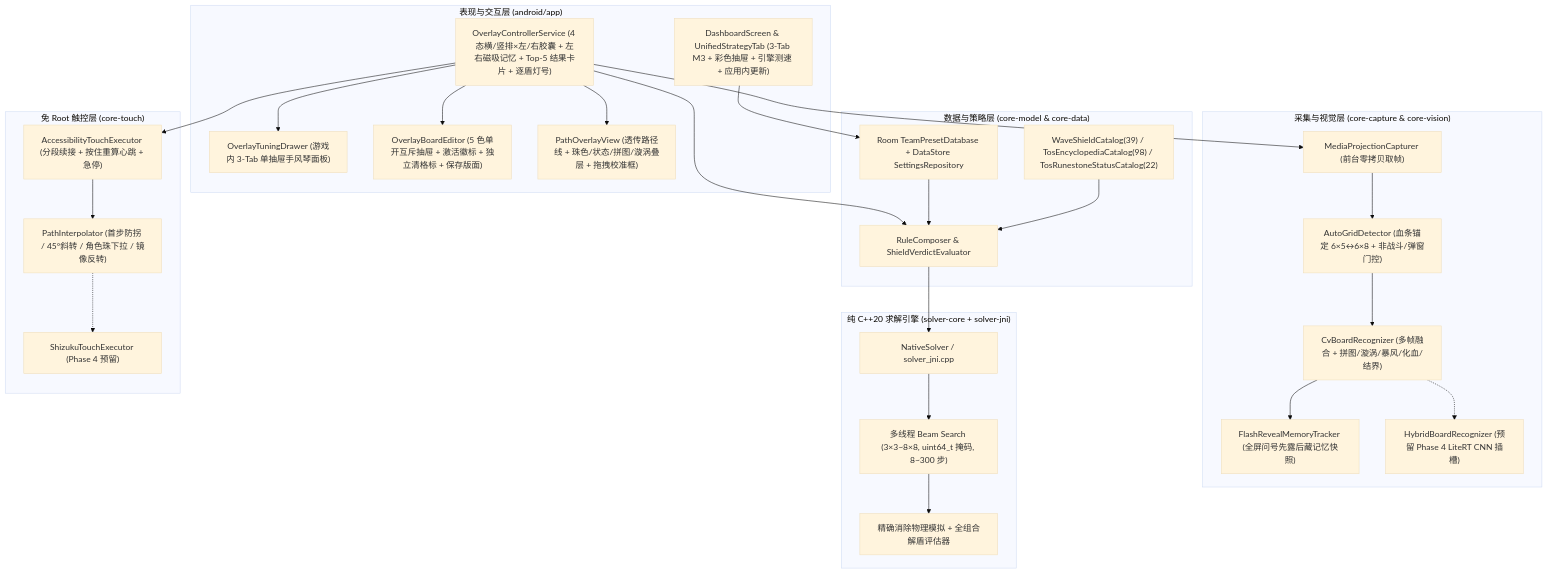
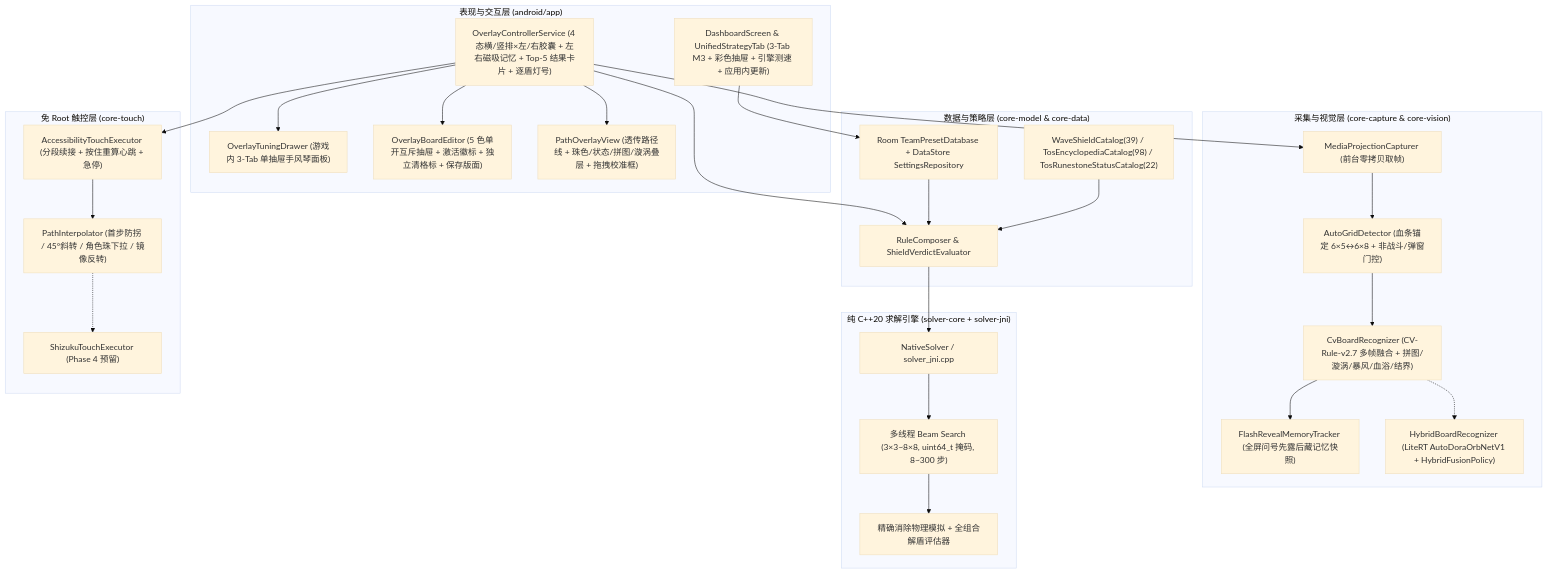
Before and after one commit to CloverKing/AutoDora-NEXT: the third of 3 diagrams in docs/ARCHITECTURE.md, drawn with Mermaid (base theme). The commit also changed other lines of this file and 27 other files, not shown here.

Commit message:
feat(vision,ml): calibrate 6-color CV hazards and ship Phase 4 Hybrid LiteRT CNN (v0.5.0)

````diff
--- a/docs/ARCHITECTURE.md
+++ b/docs/ARCHITECTURE.md
@@ -160,55 +163,55 @@
 ```mermaid
 flowchart TD
     subgraph UI["表现与交互层 (android/app)"]
         MainApp["DashboardScreen & UnifiedStrategyTab (3-Tab M3 + 彩色抽屉 + 引擎测速 + 应用内更新)"]
         OverlayMgr["OverlayControllerService (4 态横/竖排×左/右胶囊 + 左右磁吸记忆 + Top-5 结果卡片 + 逐盾灯号)"]
         TuningDrawer["OverlayTuningDrawer (游戏内 3-Tab 单抽屉手风琴面板)"]
         BoardEdit["OverlayBoardEditor (5 色单开互斥抽屉 + 激活徽标 + 独立清格标 + 保存版面)"]
         PathView["PathOverlayView (透传路径线 + 珠色/状态/拼图/漩涡叠层 + 拖拽校准框)"]
     end
 
     subgraph Data["数据与策略层 (core-model & core-data)"]
         Composer["RuleComposer & ShieldVerdictEvaluator"]
         Catalogs["WaveShieldCatalog(39) / TosEncyclopediaCatalog(98) / TosRunestoneStatusCatalog(22)"]
         Store["Room TeamPresetDatabase + DataStore SettingsRepository"]
     end
 
     subgraph CaptureVision["采集与视觉层 (core-capture & core-vision)"]
         MediaProj["MediaProjectionCapturer (前台零拷贝取帧)"]
         GridDetect["AutoGridDetector (血条锚定 6×5↔6×8 + 非战斗/弹窗门控)"]
-        CvRecog["CvBoardRecognizer (多帧融合 + 拼图/漩涡/暴风/化血/结界)"]
+        CvRecog["CvBoardRecognizer (CV-Rule-v2.7 多帧融合 + 拼图/漩涡/暴风/血浴/结界)"]
         FlashMem["FlashRevealMemoryTracker (全屏问号先露后藏记忆快照)"]
-        Hybrid["HybridBoardRecognizer (预留 Phase 4 LiteRT CNN 插槽)"]
+        Hybrid["HybridBoardRecognizer (LiteRT AutoDoraOrbNetV1 + HybridFusionPolicy)"]
     end
 
     subgraph Solver["纯 C++20 求解引擎 (solver-core + solver-jni)"]
         JniBridge["NativeSolver / solver_jni.cpp"]
         BeamEngine["多线程 Beam Search (3×3~8×8, uint64_t 掩码, 8~300 步)"]
         SimEval["精确消除物理模拟 + 全组合解盾评估器"]
     end
 
     subgraph Touch["免 Root 触控层 (core-touch)"]
         PathSmooth["PathInterpolator (首步防拐 / 45°斜转 / 角色珠下拉 / 镜像反转)"]
         A11yExec["AccessibilityTouchExecutor (分段续接 + 按住重算心跳 + 急停)"]
         ShizukuExec["ShizukuTouchExecutor (Phase 4 预留)"]
     end
 
     MainApp --> Store
     OverlayMgr --> TuningDrawer
     OverlayMgr --> BoardEdit
     OverlayMgr --> PathView
     OverlayMgr --> Composer
     OverlayMgr --> MediaProj
     OverlayMgr --> A11yExec
     Store --> Composer
     Catalogs --> Composer
     MediaProj --> GridDetect
     GridDetect --> CvRecog
     CvRecog --> FlashMem
     CvRecog -.-> Hybrid
     Composer --> JniBridge
     JniBridge --> BeamEngine
     BeamEngine --> SimEval
     A11yExec --> PathSmooth
     PathSmooth -.-> ShizukuExec
 ```
````
